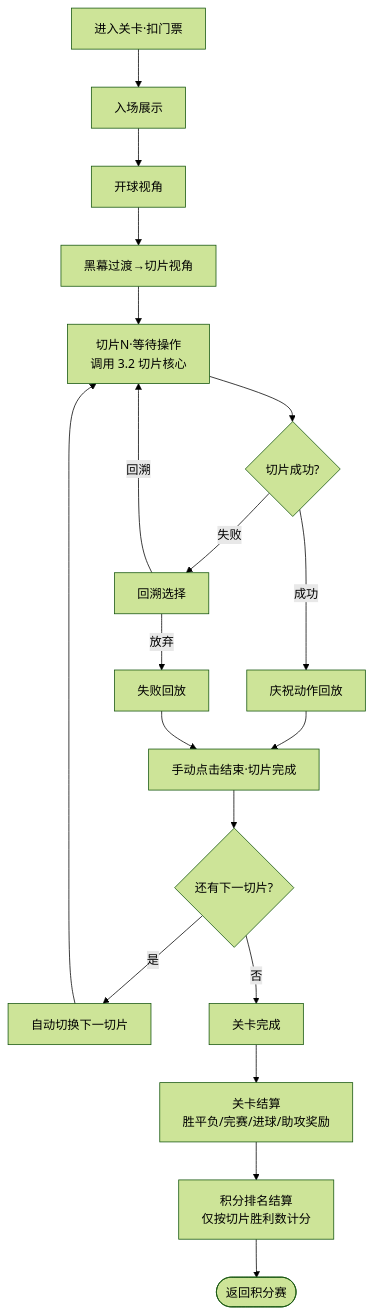
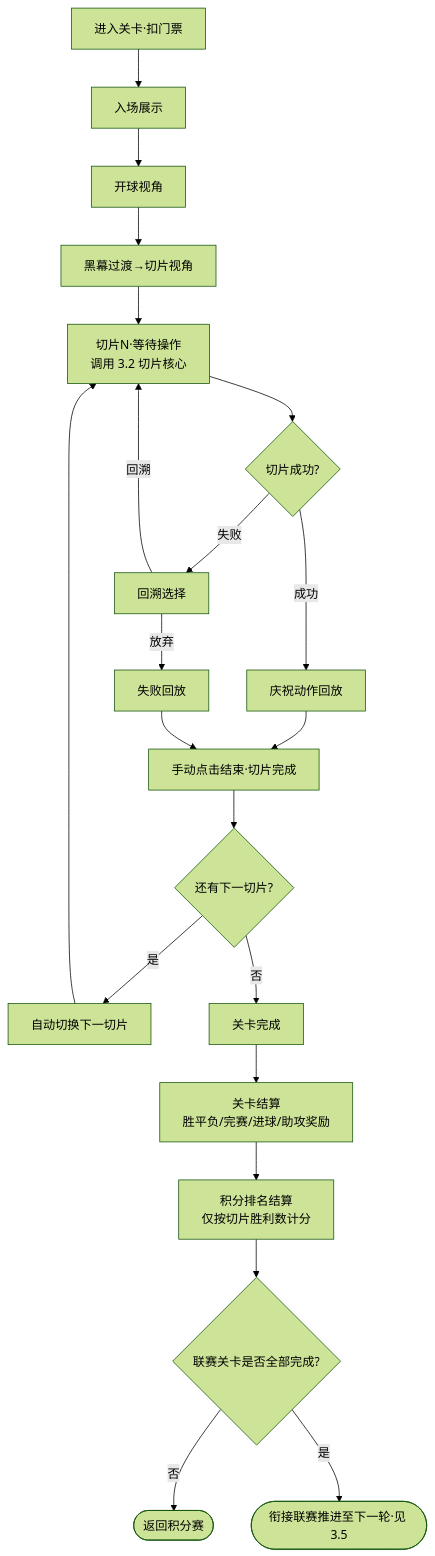
One commit to RehearsalTap4Fun/MindToDoc changed the third of 11 diagrams in output/2026世界杯主题活动-开发文档.md. Above: the diagram before and after it, drawn with Mermaid (forest theme). The commit also changed other lines of this file, not shown here.

Commit message:
docs: 3.3 关卡流程补联赛全完成后衔接下一轮推进

````diff
--- a/output/2026世界杯主题活动-开发文档.md
+++ b/output/2026世界杯主题活动-开发文档.md
@@ -288,20 +288,22 @@
 ```mermaid
 flowchart TD
     A[进入关卡·扣门票] --> B[入场展示]
     B --> C[开球视角]
     C --> D[黑幕过渡→切片视角]
     D --> E[切片N·等待操作<br/>调用 3.2 切片核心]
     E --> F{切片成功?}
     F -->|成功| G[庆祝动作回放]
     F -->|失败| H[回溯选择]
     H -->|回溯| E
     H -->|放弃| I[失败回放]
     G --> J[手动点击结束·切片完成]
     I --> J
     J --> K{还有下一切片?}
     K -->|是| L[自动切换下一切片] --> E
     K -->|否| M[关卡完成]
     M --> N[关卡结算<br/>胜平负/完赛/进球/助攻奖励]
     N --> O[积分排名结算<br/>仅按切片胜利数计分]
-    O --> P([返回积分赛])
+    O --> Q{联赛关卡是否全部完成?}
+    Q -->|否| P([返回积分赛])
+    Q -->|是| R([衔接联赛推进至下一轮·见 3.5])
 ```
````
